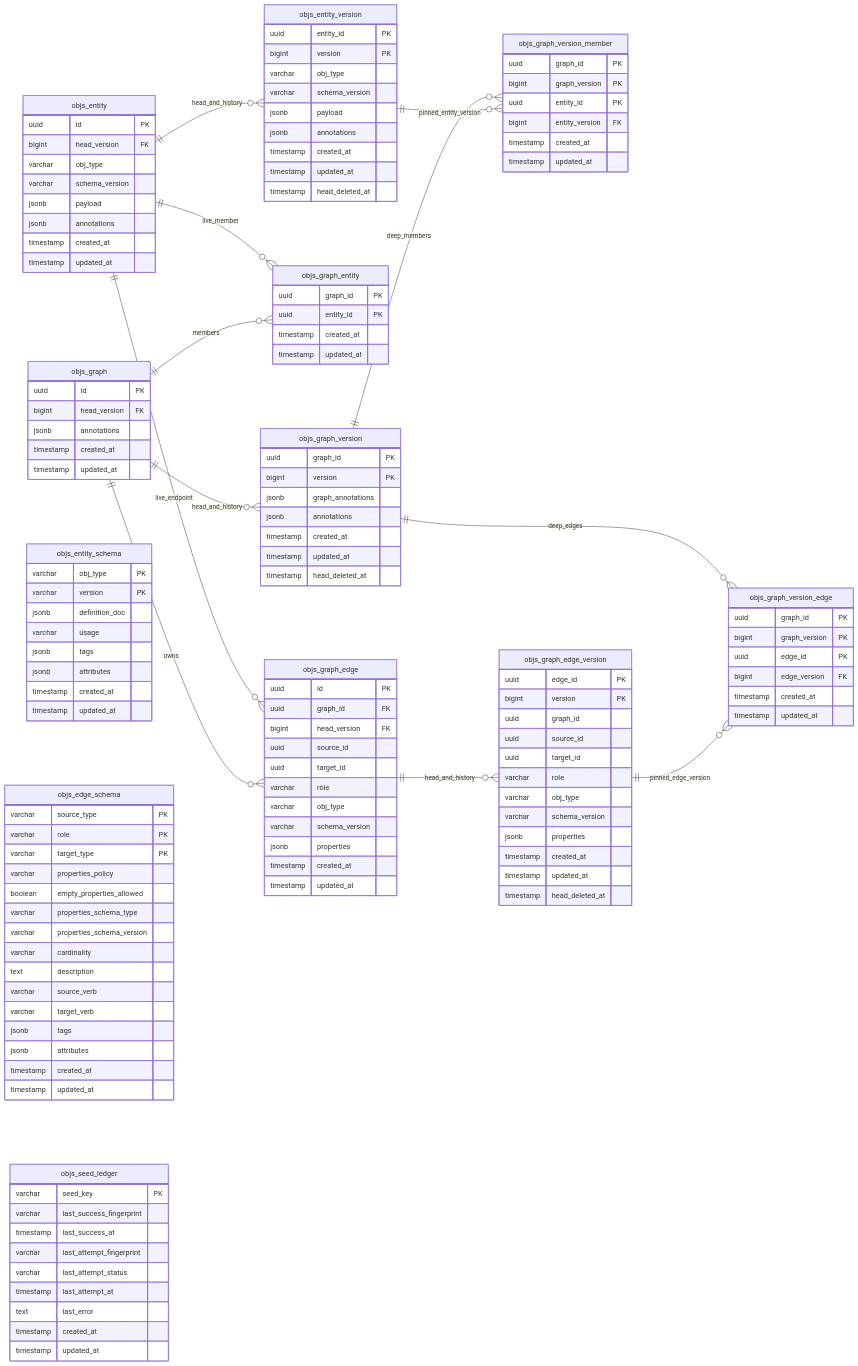
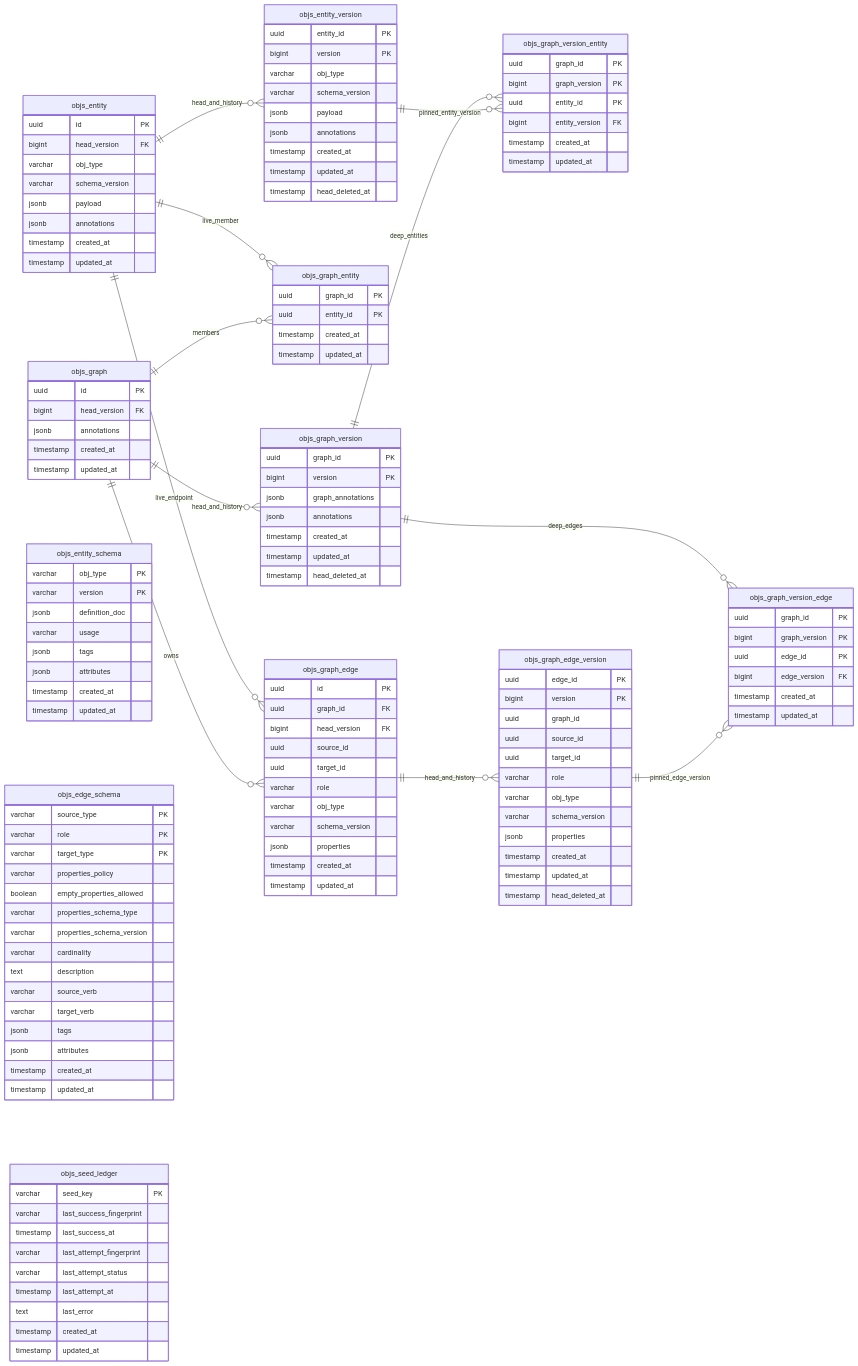
The diagram in docs/design/graph/database-model.md (qpointz/objs), drawn with Mermaid before and after one commit. The commit also changed other lines of this file and 19 other files, not shown here.

Commit message:
[docs] C-40 living docs, ER, story closure, and consecutive-docs RULES

```diff
--- a/docs/design/graph/database-model.md
+++ b/docs/design/graph/database-model.md
@@ -39,12 +40,12 @@
   objs_graph ||--o{ objs_graph_entity : "members"
   objs_graph ||--o{ objs_graph_edge : "owns"
 
-  objs_graph_version ||--o{ objs_graph_version_member : "deep_members"
+  objs_graph_version ||--o{ objs_graph_version_entity : "deep_entities"
   objs_graph_version ||--o{ objs_graph_version_edge : "deep_edges"
 
   objs_graph_edge ||--o{ objs_graph_edge_version : "head_and_history"
   objs_graph_edge_version ||--o{ objs_graph_version_edge : "pinned_edge_version"
-  objs_entity_version ||--o{ objs_graph_version_member : "pinned_entity_version"
+  objs_entity_version ||--o{ objs_graph_version_entity : "pinned_entity_version"
 
   objs_entity {
     uuid id PK
@@ -123,7 +124,7 @@
     timestamp head_deleted_at
   }
 
-  objs_graph_version_member {
+  objs_graph_version_entity {
     uuid graph_id PK
     bigint graph_version PK
     uuid entity_id PK
```
